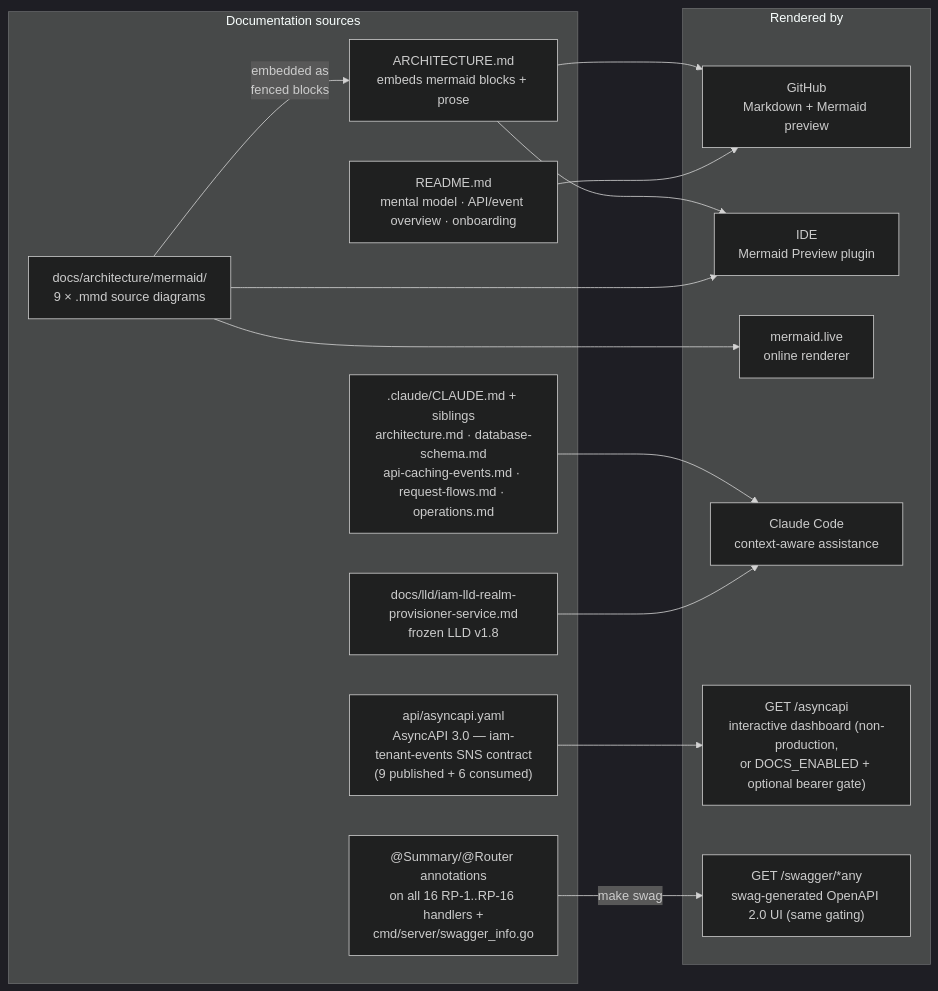
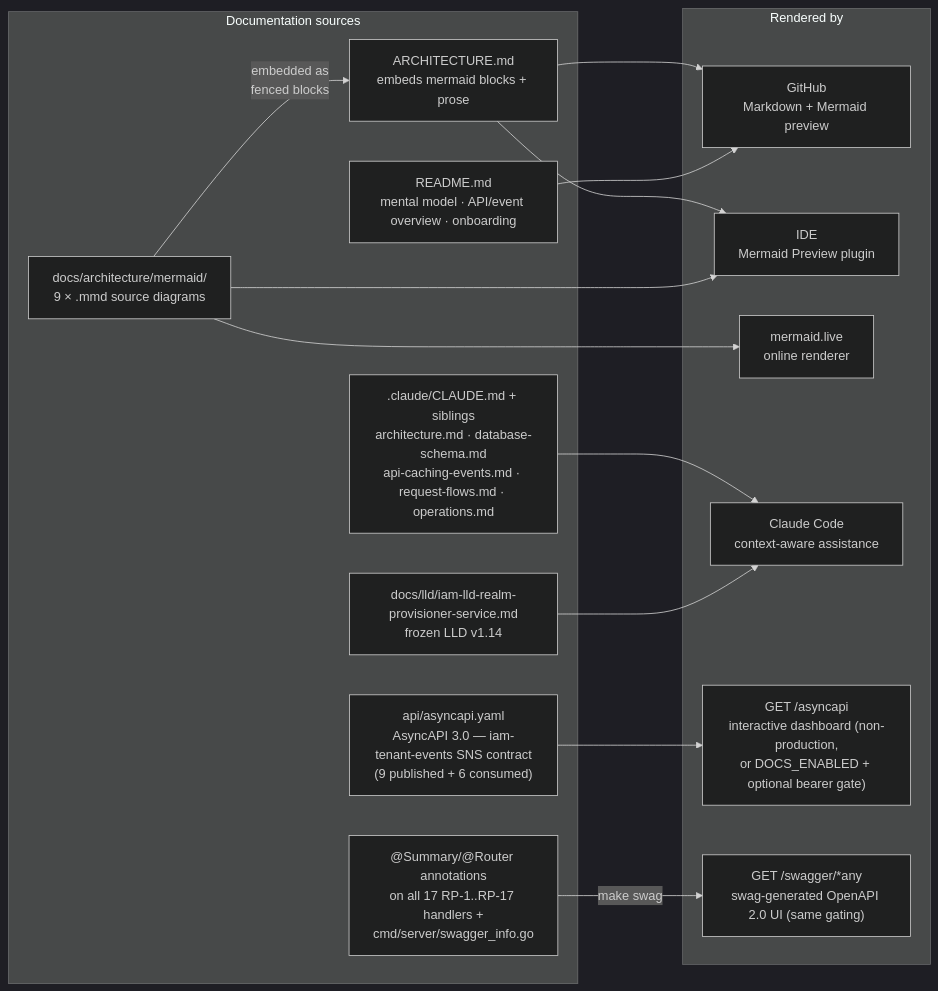
The tenth of 10 diagrams in ARCHITECTURE.md (BCBP-SOLUTIONS-FZC-LLC/iam-realm-provisioner), drawn with Mermaid (dark theme) before and after one commit. The commit also changed other lines of this file and 100 other files, not shown here.

````diff
--- a/ARCHITECTURE.md
+++ b/ARCHITECTURE.md
@@ -1040,30 +1047,30 @@
 ```mermaid
 graph LR
     subgraph sources["Documentation sources"]
         mmd["docs/architecture/mermaid/\n9 × .mmd source diagrams"]
         arch["ARCHITECTURE.md\nembeds mermaid blocks + prose"]
         claude[".claude/CLAUDE.md + siblings\narchitecture.md · database-schema.md\napi-caching-events.md · request-flows.md · operations.md"]
         readme["README.md\nmental model · API/event overview · onboarding"]
         asyncapi_yaml["api/asyncapi.yaml\nAsyncAPI 3.0 — iam-tenant-events SNS contract\n(9 published + 6 consumed)"]
-        swag_annot["@Summary/@Router annotations\non all 16 RP-1..RP-16 handlers +\ncmd/server/swagger_info.go"]
-        lld["docs/lld/iam-lld-realm-provisioner-service.md\nfrozen LLD v1.8"]
+        swag_annot["@Summary/@Router annotations\non all 17 RP-1..RP-17 handlers +\ncmd/server/swagger_info.go"]
+        lld["docs/lld/iam-lld-realm-provisioner-service.md\nfrozen LLD v1.14"]
     end
 
     subgraph rendered["Rendered by"]
         github["GitHub\nMarkdown + Mermaid preview"]
         ide["IDE\nMermaid Preview plugin"]
         live["mermaid.live\nonline renderer"]
         claude_ai["Claude Code\ncontext-aware assistance"]
         asyncapi_viewer["GET /asyncapi\ninteractive dashboard (non-production,\nor DOCS_ENABLED + optional bearer gate)"]
         swagger_ui["GET /swagger/*any\nswag-generated OpenAPI 2.0 UI (same gating)"]
     end
 
     mmd  -->|"embedded as\nfenced blocks"| arch
     arch --> github & ide
     mmd  --> live & ide
     claude --> claude_ai
     readme --> github
     lld --> claude_ai
     asyncapi_yaml --> asyncapi_viewer
     swag_annot -->|"make swag"| swagger_ui
 ```
````
